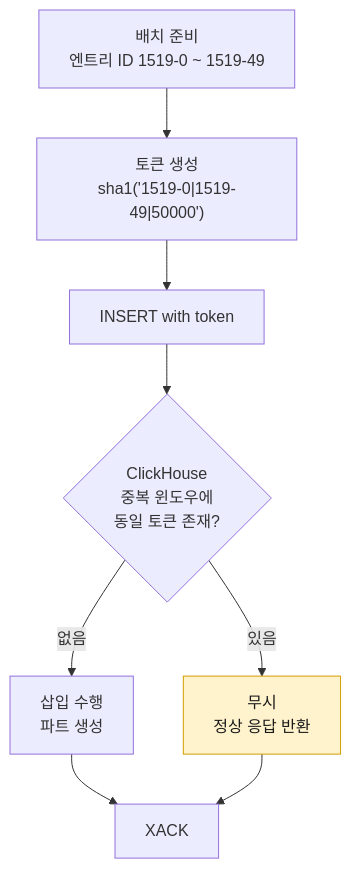
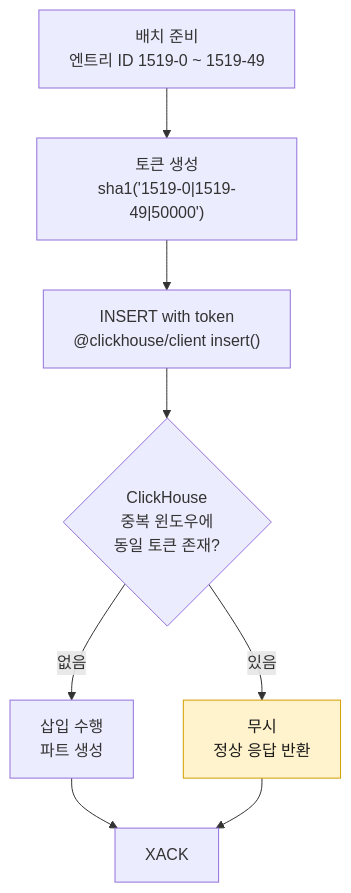
One commit to jaepil02/db_study changed the fifth of 19 diagrams in data_flow.md. Above: the diagram before and after it, drawn with Mermaid. The commit also changed other lines of this file and 3 other files, not shown here.

````diff
--- a/data_flow.md
+++ b/data_flow.md
@@ -279,16 +298,16 @@
 ```mermaid
 flowchart TB
     A["배치 준비<br/>엔트리 ID 1519-0 ~ 1519-49"]
     B["토큰 생성<br/>sha1('1519-0|1519-49|50000')"]
-    C["INSERT with token"]
+    C["INSERT with token<br/>@clickhouse/client insert()"]
     D{"ClickHouse<br/>중복 윈도우에<br/>동일 토큰 존재?"}
     E["삽입 수행<br/>파트 생성"]
     F["무시<br/>정상 응답 반환"]
     G["XACK"]
 
     A --> B --> C --> D
     D -->|"없음"| E --> G
     D -->|"있음"| F --> G
 
     style F fill:#fff3cd,stroke:#d39e00,color:#1a1a1a
 ```
````
